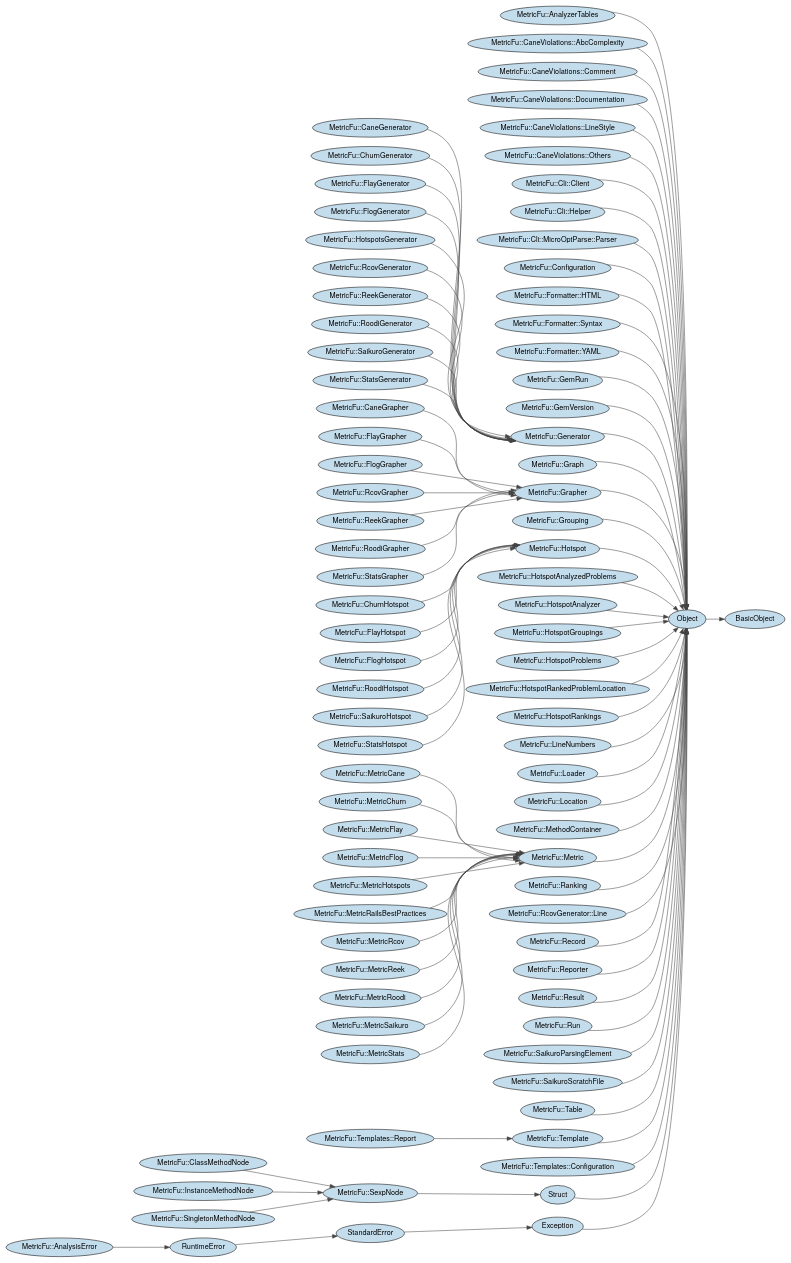
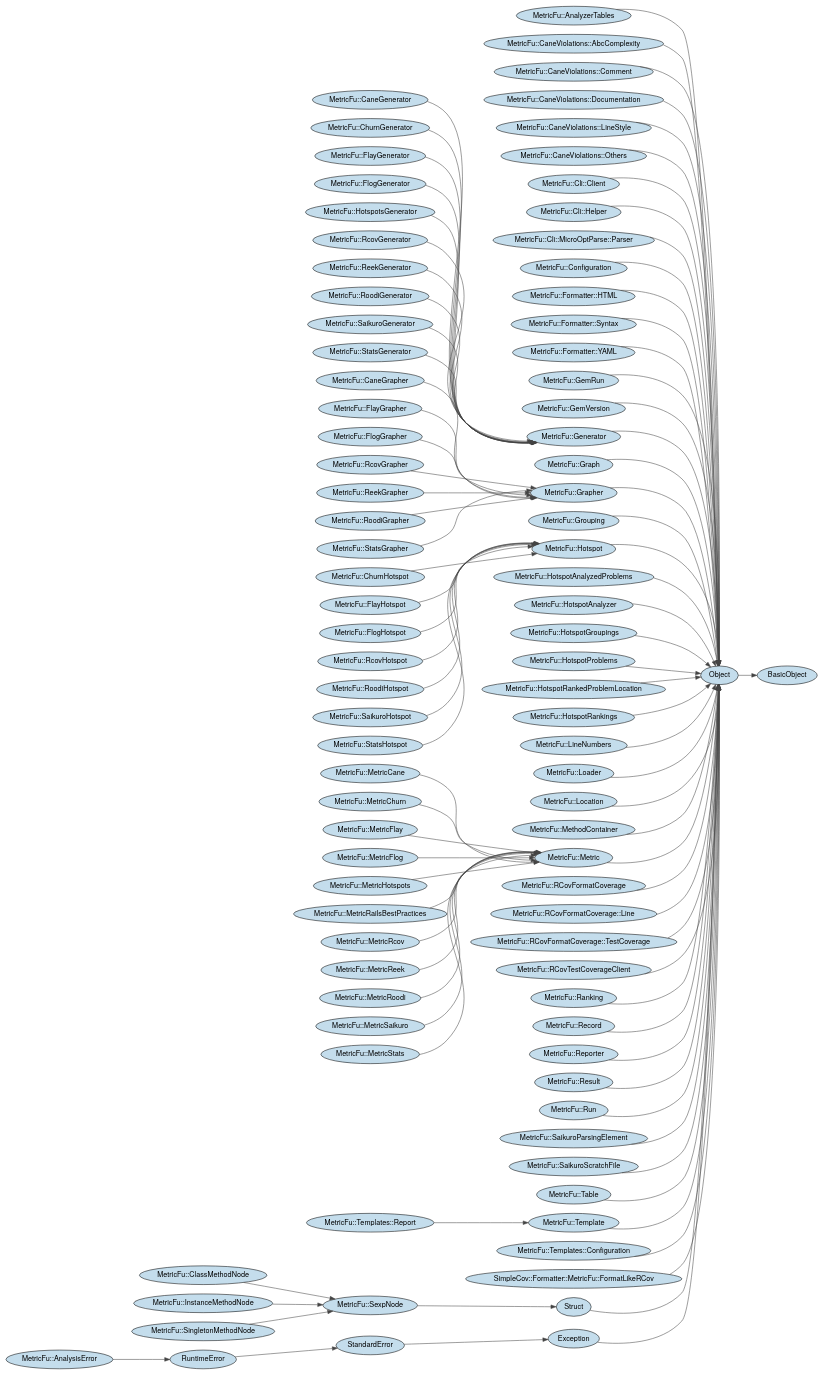
The diagram in etc/erd.dot (wata727/metric_fu), drawn with Graphviz before and after one commit. The commit also changed 3 other files, not shown here.

Commit message:
Update CONTRIBUTORS and erd diagrams

```diff
--- a/etc/erd.dot
+++ b/etc/erd.dot
@@ -1,179 +1,189 @@
 digraph classes {
 	graph [rotate=0, rankdir="LR"]
 	node [fillcolor="#c4ddec", style="filled", fontname="HelveticaNeue"]
 	edge [color="#444444"]
 	Exception [label="Exception"]
 	MetricFu__AnalysisError [label="MetricFu::AnalysisError"]
 	MetricFu__AnalyzerTables [label="MetricFu::AnalyzerTables"]
 	MetricFu__CaneGenerator [label="MetricFu::CaneGenerator"]
 	MetricFu__CaneGrapher [label="MetricFu::CaneGrapher"]
 	MetricFu__CaneViolations__AbcComplexity [label="MetricFu::CaneViolations::AbcComplexity"]
 	MetricFu__CaneViolations__Comment [label="MetricFu::CaneViolations::Comment"]
 	MetricFu__CaneViolations__Documentation [label="MetricFu::CaneViolations::Documentation"]
 	MetricFu__CaneViolations__LineStyle [label="MetricFu::CaneViolations::LineStyle"]
 	MetricFu__CaneViolations__Others [label="MetricFu::CaneViolations::Others"]
 	MetricFu__ChurnGenerator [label="MetricFu::ChurnGenerator"]
 	MetricFu__ChurnHotspot [label="MetricFu::ChurnHotspot"]
 	MetricFu__ClassMethodNode [label="MetricFu::ClassMethodNode"]
 	MetricFu__Cli__Client [label="MetricFu::Cli::Client"]
 	MetricFu__Cli__Helper [label="MetricFu::Cli::Helper"]
 	MetricFu__Cli__MicroOptParse__Parser [label="MetricFu::Cli::MicroOptParse::Parser"]
 	MetricFu__Configuration [label="MetricFu::Configuration"]
 	MetricFu__FlayGenerator [label="MetricFu::FlayGenerator"]
 	MetricFu__FlayGrapher [label="MetricFu::FlayGrapher"]
 	MetricFu__FlayHotspot [label="MetricFu::FlayHotspot"]
 	MetricFu__FlogGenerator [label="MetricFu::FlogGenerator"]
 	MetricFu__FlogGrapher [label="MetricFu::FlogGrapher"]
 	MetricFu__FlogHotspot [label="MetricFu::FlogHotspot"]
 	MetricFu__Formatter__HTML [label="MetricFu::Formatter::HTML"]
 	MetricFu__Formatter__Syntax [label="MetricFu::Formatter::Syntax"]
 	MetricFu__Formatter__YAML [label="MetricFu::Formatter::YAML"]
 	MetricFu__GemRun [label="MetricFu::GemRun"]
 	MetricFu__GemVersion [label="MetricFu::GemVersion"]
 	MetricFu__Generator [label="MetricFu::Generator"]
 	MetricFu__Graph [label="MetricFu::Graph"]
 	MetricFu__Grapher [label="MetricFu::Grapher"]
 	MetricFu__Grouping [label="MetricFu::Grouping"]
 	MetricFu__Hotspot [label="MetricFu::Hotspot"]
 	MetricFu__HotspotAnalyzedProblems [label="MetricFu::HotspotAnalyzedProblems"]
 	MetricFu__HotspotAnalyzer [label="MetricFu::HotspotAnalyzer"]
 	MetricFu__HotspotGroupings [label="MetricFu::HotspotGroupings"]
 	MetricFu__HotspotProblems [label="MetricFu::HotspotProblems"]
 	MetricFu__HotspotRankedProblemLocation [label="MetricFu::HotspotRankedProblemLocation"]
 	MetricFu__HotspotRankings [label="MetricFu::HotspotRankings"]
 	MetricFu__HotspotsGenerator [label="MetricFu::HotspotsGenerator"]
 	MetricFu__InstanceMethodNode [label="MetricFu::InstanceMethodNode"]
 	MetricFu__LineNumbers [label="MetricFu::LineNumbers"]
 	MetricFu__Loader [label="MetricFu::Loader"]
 	MetricFu__Location [label="MetricFu::Location"]
 	MetricFu__MethodContainer [label="MetricFu::MethodContainer"]
 	MetricFu__Metric [label="MetricFu::Metric"]
 	MetricFu__MetricCane [label="MetricFu::MetricCane"]
 	MetricFu__MetricChurn [label="MetricFu::MetricChurn"]
 	MetricFu__MetricFlay [label="MetricFu::MetricFlay"]
 	MetricFu__MetricFlog [label="MetricFu::MetricFlog"]
 	MetricFu__MetricHotspots [label="MetricFu::MetricHotspots"]
 	MetricFu__MetricRailsBestPractices [label="MetricFu::MetricRailsBestPractices"]
 	MetricFu__MetricRcov [label="MetricFu::MetricRcov"]
 	MetricFu__MetricReek [label="MetricFu::MetricReek"]
 	MetricFu__MetricRoodi [label="MetricFu::MetricRoodi"]
 	MetricFu__MetricSaikuro [label="MetricFu::MetricSaikuro"]
 	MetricFu__MetricStats [label="MetricFu::MetricStats"]
+	MetricFu__RCovFormatCoverage [label="MetricFu::RCovFormatCoverage"]
+	MetricFu__RCovFormatCoverage__Line [label="MetricFu::RCovFormatCoverage::Line"]
+	MetricFu__RCovFormatCoverage__TestCoverage [label="MetricFu::RCovFormatCoverage::TestCoverage"]
+	MetricFu__RCovTestCoverageClient [label="MetricFu::RCovTestCoverageClient"]
 	MetricFu__Ranking [label="MetricFu::Ranking"]
 	MetricFu__RcovGenerator [label="MetricFu::RcovGenerator"]
-	MetricFu__RcovGenerator__Line [label="MetricFu::RcovGenerator::Line"]
 	MetricFu__RcovGrapher [label="MetricFu::RcovGrapher"]
+	MetricFu__RcovHotspot [label="MetricFu::RcovHotspot"]
 	MetricFu__Record [label="MetricFu::Record"]
 	MetricFu__ReekGenerator [label="MetricFu::ReekGenerator"]
 	MetricFu__ReekGrapher [label="MetricFu::ReekGrapher"]
 	MetricFu__Reporter [label="MetricFu::Reporter"]
 	MetricFu__Result [label="MetricFu::Result"]
 	MetricFu__RoodiGenerator [label="MetricFu::RoodiGenerator"]
 	MetricFu__RoodiGrapher [label="MetricFu::RoodiGrapher"]
 	MetricFu__RoodiHotspot [label="MetricFu::RoodiHotspot"]
 	MetricFu__Run [label="MetricFu::Run"]
 	MetricFu__SaikuroGenerator [label="MetricFu::SaikuroGenerator"]
 	MetricFu__SaikuroHotspot [label="MetricFu::SaikuroHotspot"]
 	MetricFu__SaikuroParsingElement [label="MetricFu::SaikuroParsingElement"]
 	MetricFu__SaikuroScratchFile [label="MetricFu::SaikuroScratchFile"]
 	MetricFu__SexpNode [label="MetricFu::SexpNode"]
 	MetricFu__SingletonMethodNode [label="MetricFu::SingletonMethodNode"]
 	MetricFu__StatsGenerator [label="MetricFu::StatsGenerator"]
 	MetricFu__StatsGrapher [label="MetricFu::StatsGrapher"]
 	MetricFu__StatsHotspot [label="MetricFu::StatsHotspot"]
 	MetricFu__Table [label="MetricFu::Table"]
 	MetricFu__Template [label="MetricFu::Template"]
 	MetricFu__Templates__Configuration [label="MetricFu::Templates::Configuration"]
 	MetricFu__Templates__Report [label="MetricFu::Templates::Report"]
 	Object [label="Object"]
 	RuntimeError [label="RuntimeError"]
+	SimpleCov__Formatter__MetricFu__FormatLikeRCov [label="SimpleCov::Formatter::MetricFu::FormatLikeRCov"]
 	StandardError [label="StandardError"]
 	Struct [label="Struct"]
 	Exception -> Object
 	MetricFu__AnalysisError -> RuntimeError
 	MetricFu__AnalyzerTables -> Object
 	MetricFu__CaneGenerator -> MetricFu__Generator
 	MetricFu__CaneGrapher -> MetricFu__Grapher
 	MetricFu__CaneViolations__AbcComplexity -> Object
 	MetricFu__CaneViolations__Comment -> Object
 	MetricFu__CaneViolations__Documentation -> Object
 	MetricFu__CaneViolations__LineStyle -> Object
 	MetricFu__CaneViolations__Others -> Object
 	MetricFu__ChurnGenerator -> MetricFu__Generator
 	MetricFu__ChurnHotspot -> MetricFu__Hotspot
 	MetricFu__ClassMethodNode -> MetricFu__SexpNode
 	MetricFu__Cli__Client -> Object
 	MetricFu__Cli__Helper -> Object
 	MetricFu__Cli__MicroOptParse__Parser -> Object
 	MetricFu__Configuration -> Object
 	MetricFu__FlayGenerator -> MetricFu__Generator
 	MetricFu__FlayGrapher -> MetricFu__Grapher
 	MetricFu__FlayHotspot -> MetricFu__Hotspot
 	MetricFu__FlogGenerator -> MetricFu__Generator
 	MetricFu__FlogGrapher -> MetricFu__Grapher
 	MetricFu__FlogHotspot -> MetricFu__Hotspot
 	MetricFu__Formatter__HTML -> Object
 	MetricFu__Formatter__Syntax -> Object
 	MetricFu__Formatter__YAML -> Object
 	MetricFu__GemRun -> Object
 	MetricFu__GemVersion -> Object
 	MetricFu__Generator -> Object
 	MetricFu__Graph -> Object
 	MetricFu__Grapher -> Object
 	MetricFu__Grouping -> Object
 	MetricFu__Hotspot -> Object
 	MetricFu__HotspotAnalyzedProblems -> Object
 	MetricFu__HotspotAnalyzer -> Object
 	MetricFu__HotspotGroupings -> Object
 	MetricFu__HotspotProblems -> Object
 	MetricFu__HotspotRankedProblemLocation -> Object
 	MetricFu__HotspotRankings -> Object
 	MetricFu__HotspotsGenerator -> MetricFu__Generator
 	MetricFu__InstanceMethodNode -> MetricFu__SexpNode
 	MetricFu__LineNumbers -> Object
 	MetricFu__Loader -> Object
 	MetricFu__Location -> Object
 	MetricFu__MethodContainer -> Object
 	MetricFu__Metric -> Object
 	MetricFu__MetricCane -> MetricFu__Metric
 	MetricFu__MetricChurn -> MetricFu__Metric
 	MetricFu__MetricFlay -> MetricFu__Metric
 	MetricFu__MetricFlog -> MetricFu__Metric
 	MetricFu__MetricHotspots -> MetricFu__Metric
 	MetricFu__MetricRailsBestPractices -> MetricFu__Metric
 	MetricFu__MetricRcov -> MetricFu__Metric
 	MetricFu__MetricReek -> MetricFu__Metric
 	MetricFu__MetricRoodi -> MetricFu__Metric
 	MetricFu__MetricSaikuro -> MetricFu__Metric
 	MetricFu__MetricStats -> MetricFu__Metric
+	MetricFu__RCovFormatCoverage -> Object
+	MetricFu__RCovFormatCoverage__Line -> Object
+	MetricFu__RCovFormatCoverage__TestCoverage -> Object
+	MetricFu__RCovTestCoverageClient -> Object
 	MetricFu__Ranking -> Object
 	MetricFu__RcovGenerator -> MetricFu__Generator
-	MetricFu__RcovGenerator__Line -> Object
 	MetricFu__RcovGrapher -> MetricFu__Grapher
+	MetricFu__RcovHotspot -> MetricFu__Hotspot
 	MetricFu__Record -> Object
 	MetricFu__ReekGenerator -> MetricFu__Generator
 	MetricFu__ReekGrapher -> MetricFu__Grapher
 	MetricFu__Reporter -> Object
 	MetricFu__Result -> Object
 	MetricFu__RoodiGenerator -> MetricFu__Generator
 	MetricFu__RoodiGrapher -> MetricFu__Grapher
 	MetricFu__RoodiHotspot -> MetricFu__Hotspot
 	MetricFu__Run -> Object
 	MetricFu__SaikuroGenerator -> MetricFu__Generator
 	MetricFu__SaikuroHotspot -> MetricFu__Hotspot
 	MetricFu__SaikuroParsingElement -> Object
 	MetricFu__SaikuroScratchFile -> Object
 	MetricFu__SexpNode -> Struct
 	MetricFu__SingletonMethodNode -> MetricFu__SexpNode
 	MetricFu__StatsGenerator -> MetricFu__Generator
 	MetricFu__StatsGrapher -> MetricFu__Grapher
 	MetricFu__StatsHotspot -> MetricFu__Hotspot
 	MetricFu__Table -> Object
 	MetricFu__Template -> Object
 	MetricFu__Templates__Configuration -> Object
 	MetricFu__Templates__Report -> MetricFu__Template
 	Object -> BasicObject
 	RuntimeError -> StandardError
+	SimpleCov__Formatter__MetricFu__FormatLikeRCov -> Object
 	StandardError -> Exception
 	Struct -> Object
 }
```
